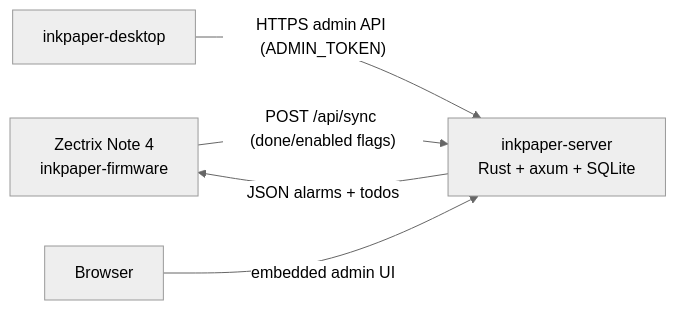
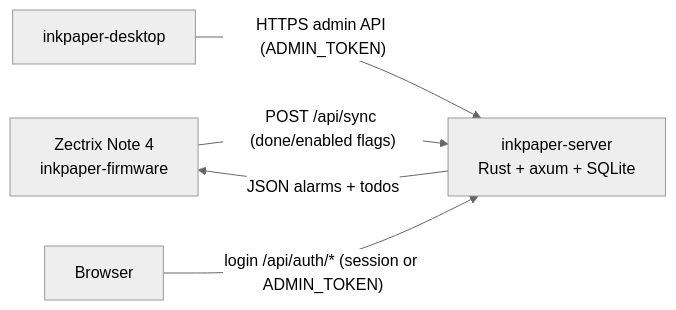
Before and after one commit to counhopig/inkwash-server: the diagram in README.md, drawn with Mermaid (neutral theme). The commit also changed other lines of this file, not shown here.

Commit message:
docs: document console accounts and admin user management

````diff
--- a/README.md
+++ b/README.md
@@ -20,7 +21,7 @@
 ```mermaid
 flowchart LR
     D["Zectrix Note 4<br/>inkpaper-firmware"] -->|"POST /api/sync (done/enabled flags)"| S["inkpaper-server<br/>Rust + axum + SQLite"]
     S -->|"JSON alarms + todos"| D
     T["inkpaper-desktop"] -->|"HTTPS admin API (ADMIN_TOKEN)"| S
-    U["Browser"] -->|"embedded admin UI"| S
+    U["Browser"] -->|"login /api/auth/* (session or ADMIN_TOKEN)"| S
 ```
````
